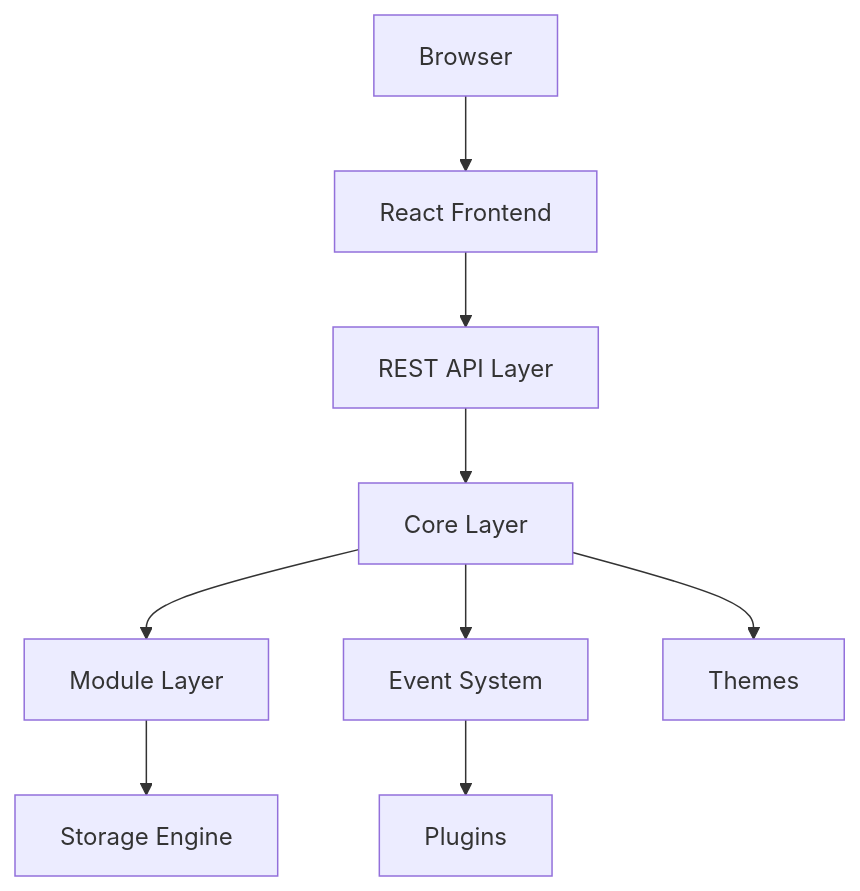
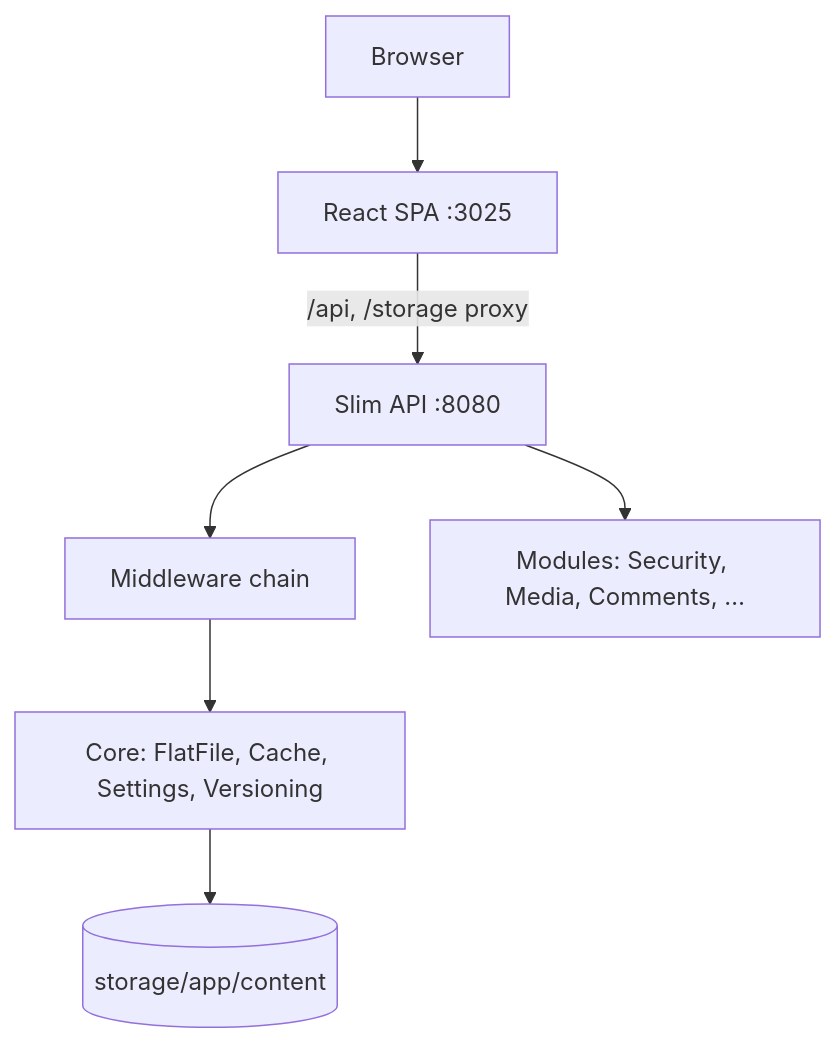
Before and after one commit to techberode/paginiumcms-architecture: the diagram in docs/README.md, drawn with Mermaid. The commit also changed other lines of this file and 21 other files, not shown here.

````diff
--- a/docs/README.md
+++ b/docs/README.md
@@ -45,11 +56,9 @@
 ```mermaid
 graph TD
-A[Browser] --> B[React Frontend]
-B --> C[REST API Layer]
-C --> D[Core Layer]
-D --> E[Module Layer]
-E --> F[Storage Engine]
-D --> G[Event System]
-G --> H[Plugins]
-D --> I[Themes]
+    Browser[Browser] --> FE[React SPA :3025]
+    FE -->|/api, /storage proxy| API[Slim API :8080]
+    API --> MW[Middleware chain]
+    MW --> Core[Core: FlatFile, Cache, Settings, Versioning]
+    Core --> Storage[(storage/app/content)]
+    API --> Modules[Modules: Security, Media, Comments, …]
 ```
````
